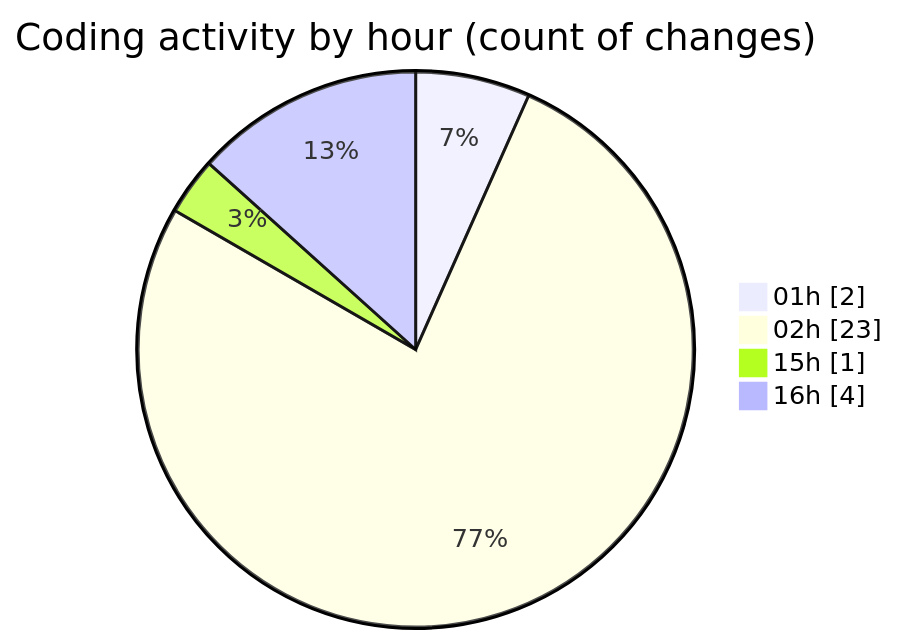
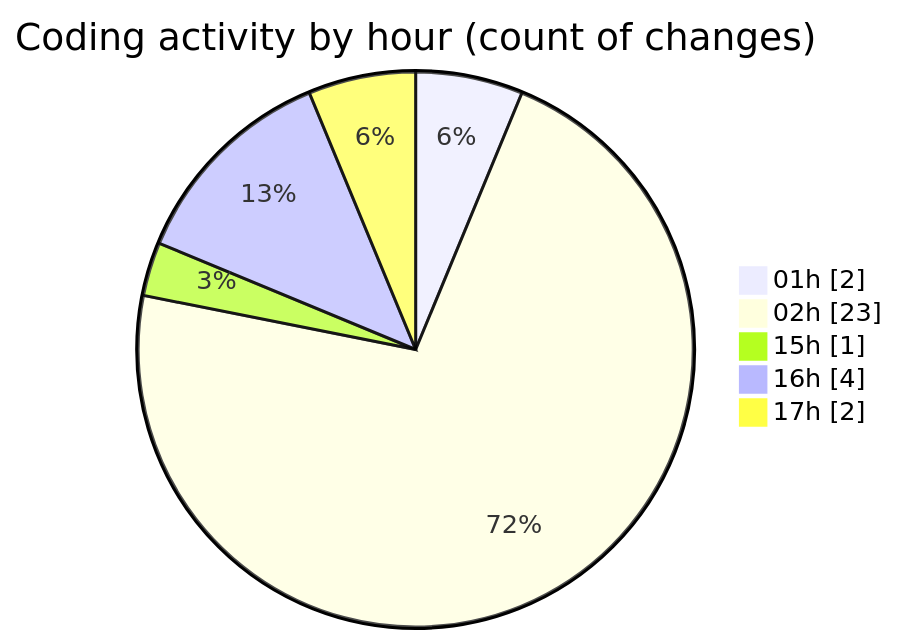
One commit to mevix1/code-tracking changed the second of 2 diagrams in 2025-10-01/open-health/README.md. Above: the diagram before and after it, drawn with Mermaid. The commit also changed other lines of this file and 1 other file, not shown here.

````diff
--- a/2025-10-01/open-health/README.md
+++ b/2025-10-01/open-health/README.md
@@ -41,8 +43,9 @@
 ```mermaid
 pie showData
 title Coding activity by hour (count of changes)
 "01h" : 2
 "02h" : 23
 "15h" : 1
 "16h" : 4
+"17h" : 2
 ```
````
